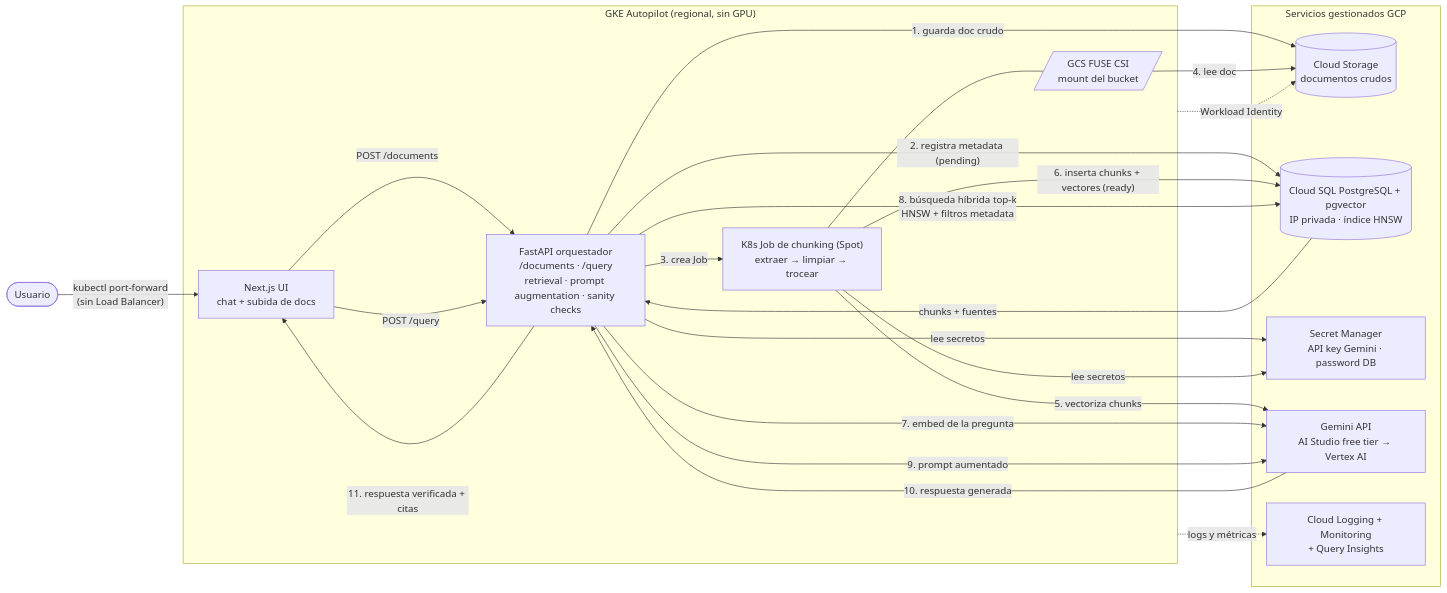
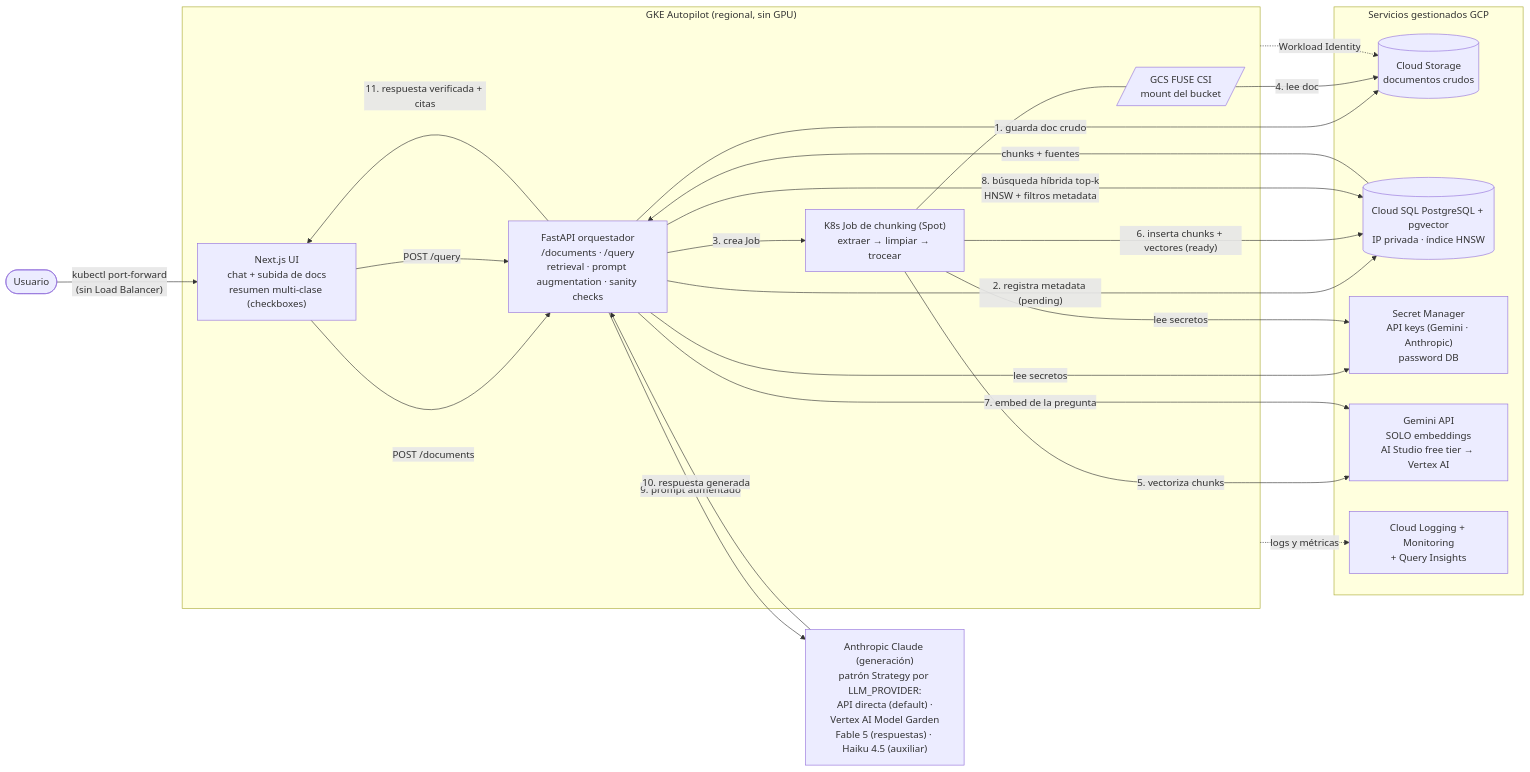
Before and after one commit to efraxpc/rag-university-learning: the diagram in diagram.mmd, drawn with Mermaid. The commit also changed 2 other files, not shown here.

Commit message:
feat: enhance class summarization flowchart with multi-class selection and update diagram images

```diff
--- a/diagram.mmd
+++ b/diagram.mmd
@@ -1,42 +1,44 @@
 flowchart LR
     U([Usuario]) -->|"kubectl port-forward<br/>(sin Load Balancer)"| FE
 
     subgraph GKE["GKE Autopilot (regional, sin GPU)"]
-        FE["Next.js UI<br/>chat + subida de docs"]
+        FE["Next.js UI<br/>chat + subida de docs<br/>resumen multi-clase (checkboxes)"]
         API["FastAPI orquestador<br/>/documents · /query<br/>retrieval · prompt augmentation · sanity checks"]
         JOB["K8s Job de chunking (Spot)<br/>extraer → limpiar → trocear"]
         FUSE[/"GCS FUSE CSI<br/>mount del bucket"/]
     end
 
     subgraph GCP["Servicios gestionados GCP"]
         GCS[("Cloud Storage<br/>documentos crudos")]
         DB[("Cloud SQL PostgreSQL + pgvector<br/>IP privada · índice HNSW")]
-        SM["Secret Manager<br/>API key Gemini · password DB"]
-        GEM["Gemini API<br/>AI Studio free tier → Vertex AI"]
+        SM["Secret Manager<br/>API keys (Gemini · Anthropic)<br/>password DB"]
+        GEM["Gemini API<br/>SOLO embeddings<br/>AI Studio free tier → Vertex AI"]
         OBS["Cloud Logging + Monitoring<br/>+ Query Insights"]
     end
+
+    LLM["Anthropic Claude (generación)<br/>patrón Strategy por LLM_PROVIDER:<br/>API directa (default) ·<br/>Vertex AI Model Garden<br/>Fable 5 (respuestas) · Haiku 4.5 (auxiliar)"]
 
     %% Flujo A: ingesta (bajo demanda)
     FE -->|"POST /documents"| API
     API -->|"1. guarda doc crudo"| GCS
     API -->|"2. registra metadata (pending)"| DB
     API -->|"3. crea Job"| JOB
     JOB --- FUSE
     FUSE -->|"4. lee doc"| GCS
     JOB -->|"5. vectoriza chunks"| GEM
     JOB -->|"6. inserta chunks + vectores (ready)"| DB
 
     %% Flujo B: consulta (tiempo real)
     FE -->|"POST /query"| API
     API -->|"7. embed de la pregunta"| GEM
     API -->|"8. búsqueda híbrida top-k<br/>HNSW + filtros metadata"| DB
     DB -->|"chunks + fuentes"| API
-    API -->|"9. prompt aumentado"| GEM
-    GEM -->|"10. respuesta generada"| API
+    API -->|"9. prompt aumentado"| LLM
+    LLM -->|"10. respuesta generada"| API
     API -->|"11. respuesta verificada + citas"| FE
 
     %% Transversal
     API -->|"lee secretos"| SM
     JOB -->|"lee secretos"| SM
     GKE -.->|"Workload Identity"| GCS
     GKE -.->|"logs y métricas"| OBS
```
